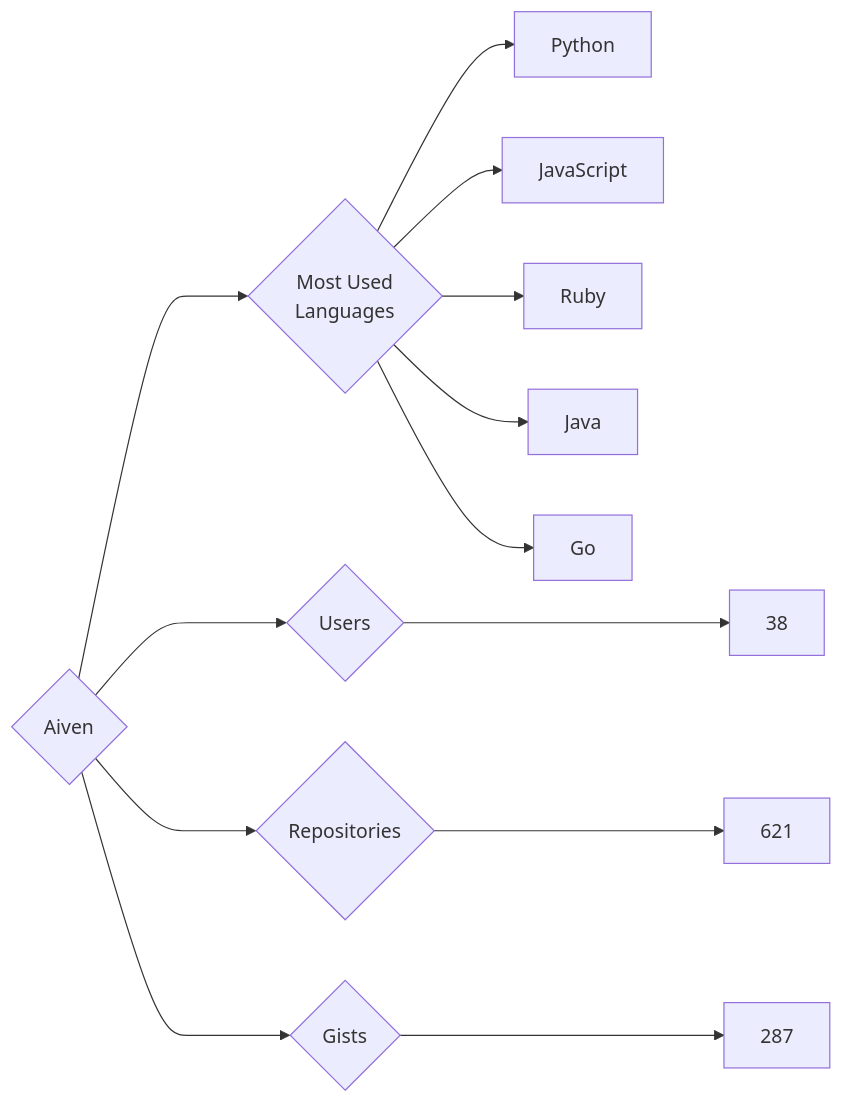
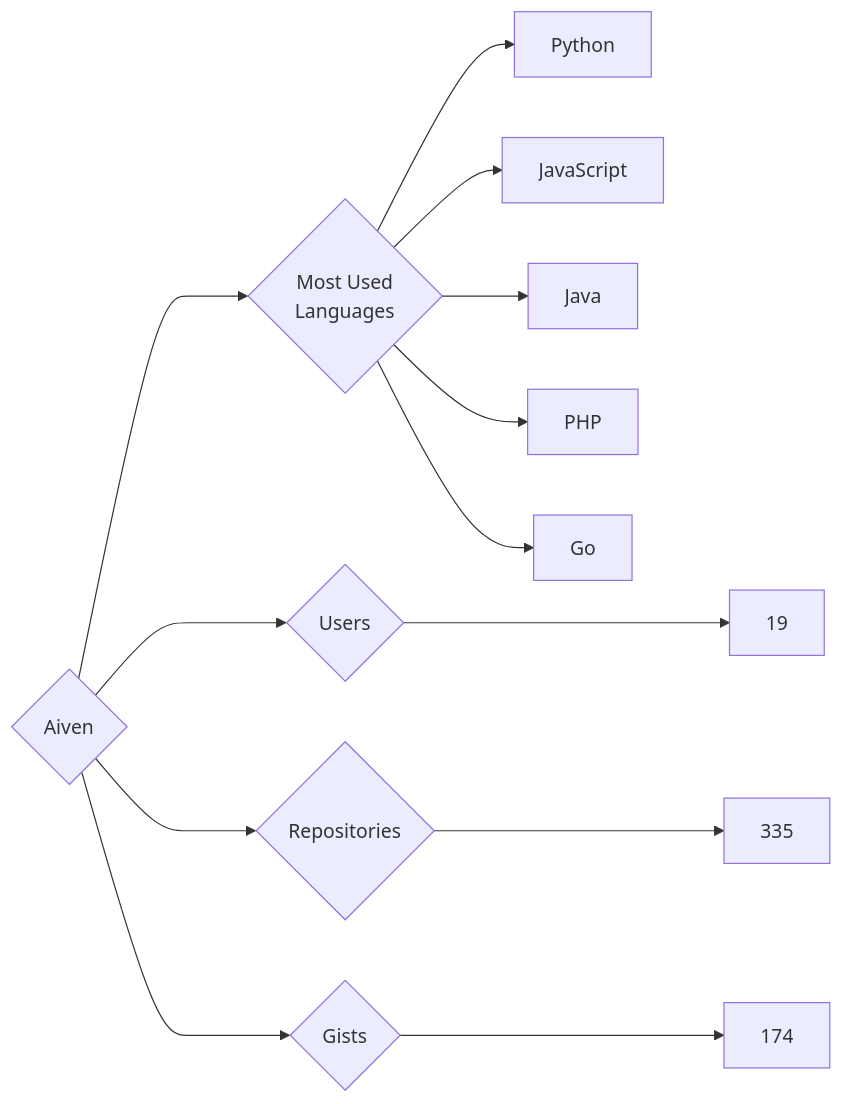
One commit to trickest/insiders changed the diagram in targets/Aiven/README.md. Above: the diagram before and after it, drawn with Mermaid. The commit also changed 772 other files, not shown here.

````diff
--- a/targets/Aiven/README.md
+++ b/targets/Aiven/README.md
@@ -3,13 +3,13 @@
 ```mermaid
 graph LR
 COMPANY_NAME{Aiven}
-COMPANY_NAME ---> U{Users} ---> UN[38]
-COMPANY_NAME ---> R{Repositories} ---> RN[621]
-COMPANY_NAME ---> G{Gists} ---> GN[287]
+COMPANY_NAME ---> U{Users} ---> UN[19]
+COMPANY_NAME ---> R{Repositories} ---> RN[335]
+COMPANY_NAME ---> G{Gists} ---> GN[174]
 COMPANY_NAME ---> ML{Most Used<br>Languages}
 ML --> Python[Python]
 ML --> JavaScript[JavaScript]
-ML --> Ruby[Ruby]
 ML --> Java[Java]
+ML --> PHP[PHP]
 ML --> Go[Go]
 ```
````
